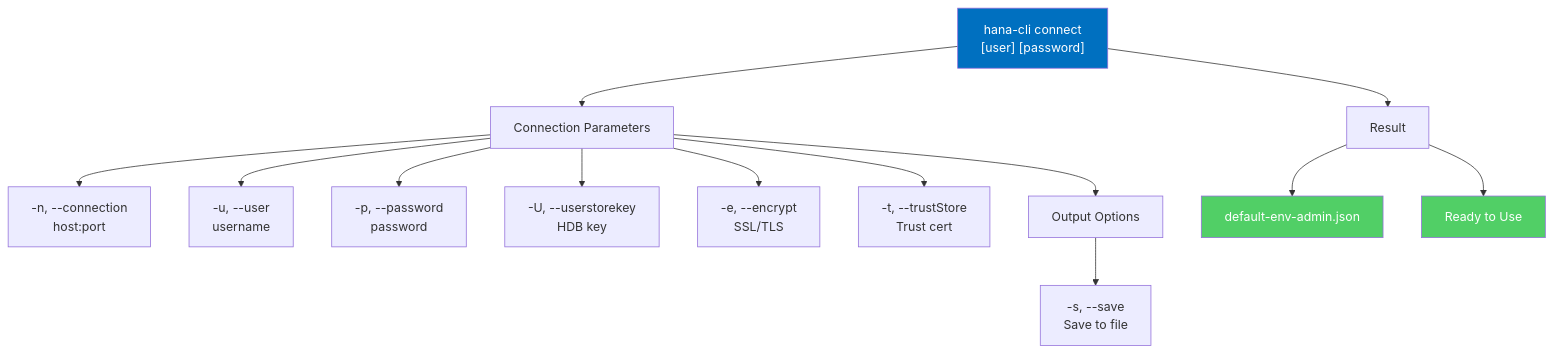
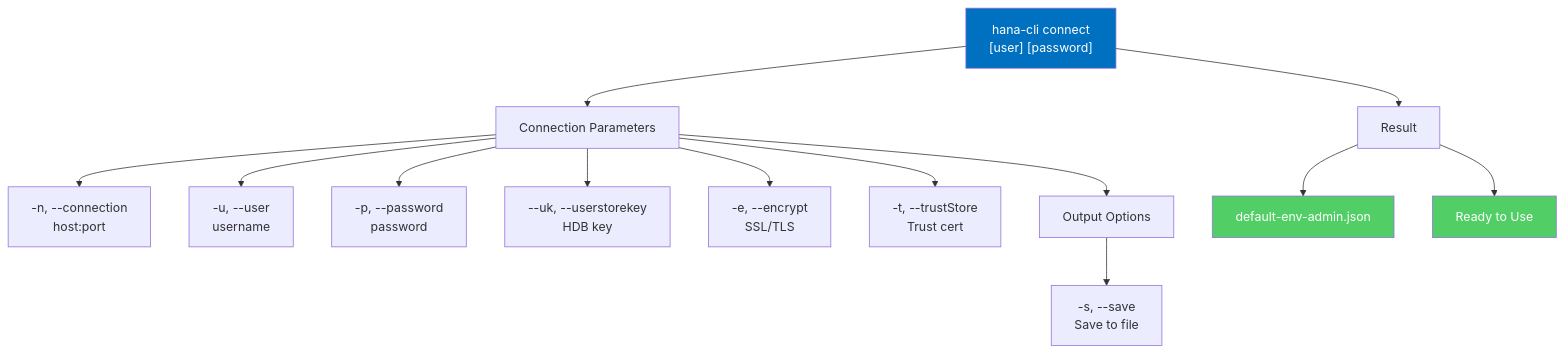
One commit to SAP-samples/hana-developer-cli-tool-example changed the first of 26 diagrams in docs/99-reference/command-reference.md. Above: the diagram before and after it, drawn with Mermaid. The commit also changed other lines of this file and 10 other files, not shown here.

````diff
--- a/docs/99-reference/command-reference.md
+++ b/docs/99-reference/command-reference.md
@@ -24,21 +27,21 @@
 ```mermaid
 graph TB
     A["hana-cli connect<br/>[user] [password]"] --> B["Connection Parameters"]
     B --> B1["-n, --connection<br/>host:port"]
     B --> B2["-u, --user<br/>username"]
     B --> B3["-p, --password<br/>password"]
-    B --> B4["-U, --userstorekey<br/>HDB key"]
+    B --> B4["--uk, --userstorekey<br/>HDB key"]
     B --> B5["-e, --encrypt<br/>SSL/TLS"]
     B --> B6["-t, --trustStore<br/>Trust cert"]
     
     B --> C["Output Options"]
     C --> C1["-s, --save<br/>Save to file"]
     
     A --> D["Result"]
     D --> E["default-env-admin.json"]
     D --> F["Ready to Use"]
     
     style A fill:#0070C0,color:#fff
     style E fill:#51CF66,color:#fff
     style F fill:#51CF66,color:#fff
 ```
````
